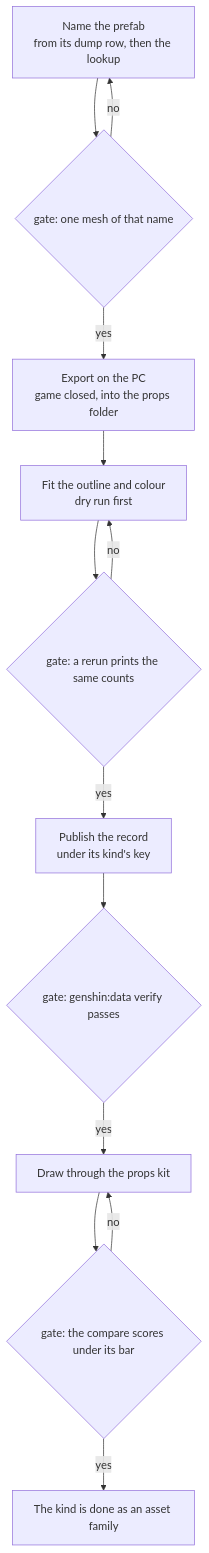
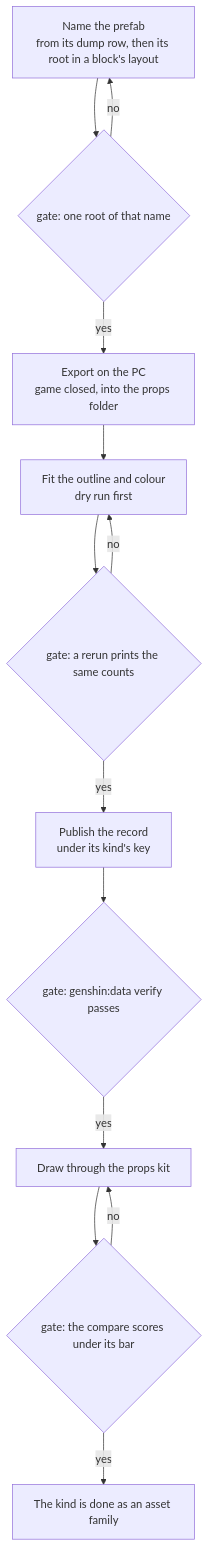
Before and after one commit to Esposter/Esposter: the first of 2 diagrams in openspec/changes/genshin-assets-props/design.md, drawn with Mermaid. The commit also changed other lines of this file and 33 other files, not shown here.

First line of the commit message:
feat(genshin-assets): the props component, its mesh lookup and fit entry, and a prop-level compare fixture

````diff
--- a/openspec/changes/genshin-assets-props/design.md
+++ b/openspec/changes/genshin-assets-props/design.md
@@ -105,15 +105,15 @@
 ```mermaid
 flowchart TD
-  N["Name the prefab<br/>from its dump row, then the lookup"] --> G1{"gate: one mesh of that name"}
+  N["Name the prefab<br/>from its dump row, then its root in a block's layout"] --> G1{"gate: one root of that name"}
   G1 -->|"no"| N
   G1 -->|"yes"| X["Export on the PC<br/>game closed, into the props folder"]
   X --> F["Fit the outline and colour<br/>dry run first"]
   F --> G2{"gate: a rerun prints the same counts"}
   G2 -->|"no"| F
   G2 -->|"yes"| P["Publish the record<br/>under its kind's key"]
   P --> G3{"gate: genshin:data verify passes"}
   G3 -->|"yes"| D["Draw through the props kit"]
   D --> G4{"gate: the compare scores under its bar"}
   G4 -->|"no"| D
   G4 -->|"yes"| DONE["The kind is done as an asset family"]
 ```
````
